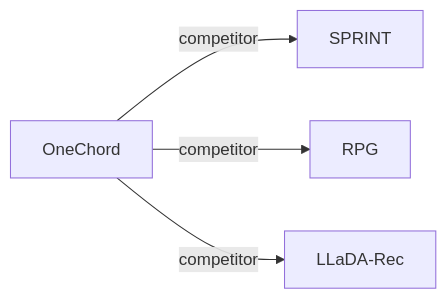
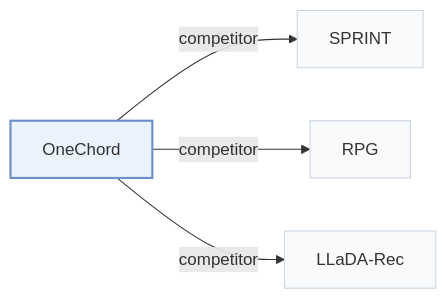
One commit to Galaxy-ghost/Awesome-SID-Generative-Rec changed the second of 2 diagrams in pages/papers/onechord.md. Above: the diagram before and after it, drawn with Mermaid. The commit also changed other lines of this file and 649 other files, not shown here.

Commit message:
writer-05: also tags and modality index (schema, check, build, visuals); summary field removed; calibration data for 12 papers

````diff
--- a/pages/papers/onechord.md
+++ b/pages/papers/onechord.md
@@ -68,7 +73,11 @@
 ```mermaid
 flowchart LR
     P["OneChord"]
-    P -->|competitor| A["SPRINT"]
-    P -->|competitor| B["RPG"]
-    P -->|competitor| C["LLaDA-Rec"]
+    P -->|"competitor"| A["SPRINT"]
+    P -->|"competitor"| B["RPG"]
+    P -->|"competitor"| C["LLaDA-Rec"]
+    classDef main fill:#eaf2fb,stroke:#6b8fc7,stroke-width:2px
+    classDef peer fill:#f8fafc,stroke:#cbd5e1
+    class P main
+    class A,B,C peer
 ```
````
